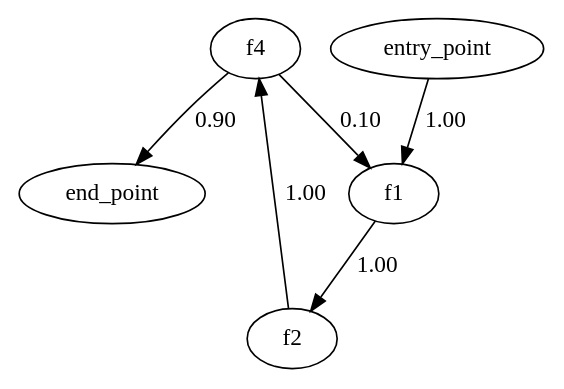
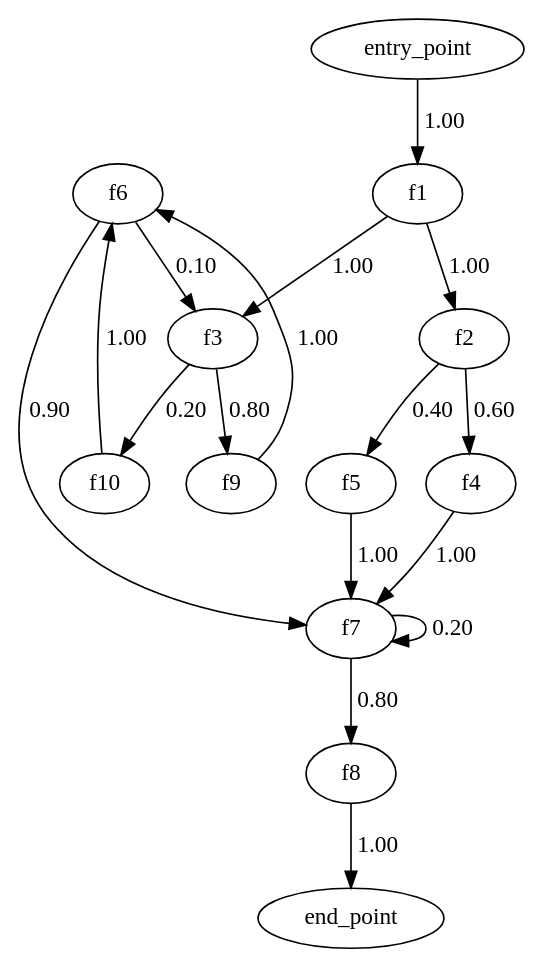
The diagram in modifications/data_logger/original.dot (KlasafGeijerstam/openwhisk), drawn with Graphviz before and after one commit. The commit also changed 6 other files, not shown here.

```diff
--- a/modifications/data_logger/original.dot
+++ b/modifications/data_logger/original.dot
@@ -1,12 +1,30 @@
 digraph {
-    0 [ label = "f4"]
-    1 [ label = "f2"]
-    2 [ label = "end_point"]
-    3 [ label = "entry_point"]
+    0 [ label = "f2"]
+    1 [ label = "f6"]
+    2 [ label = "f10"]
+    3 [ label = "end_point"]
     4 [ label = "f1"]
-    0 -> 4 [ label = "0.10"]
-    0 -> 2 [ label = "0.90"]
-    1 -> 0 [ label = "1.00"]
-    3 -> 4 [ label = "1.00"]
-    4 -> 1 [ label = "1.00"]
+    5 [ label = "f8"]
+    6 [ label = "entry_point"]
+    7 [ label = "f4"]
+    8 [ label = "f3"]
+    9 [ label = "f9"]
+    10 [ label = "f7"]
+    11 [ label = "f5"]
+    0 -> 7 [ label = "0.60"]
+    0 -> 11 [ label = "0.40"]
+    1 -> 8 [ label = "0.10"]
+    1 -> 10 [ label = "0.90"]
+    2 -> 1 [ label = "1.00"]
+    4 -> 0 [ label = "1.00"]
+    4 -> 8 [ label = "1.00"]
+    5 -> 3 [ label = "1.00"]
+    6 -> 4 [ label = "1.00"]
+    7 -> 10 [ label = "1.00"]
+    8 -> 2 [ label = "0.20"]
+    8 -> 9 [ label = "0.80"]
+    9 -> 1 [ label = "1.00"]
+    10 -> 10 [ label = "0.20"]
+    10 -> 5 [ label = "0.80"]
+    11 -> 10 [ label = "1.00"]
 }
```
